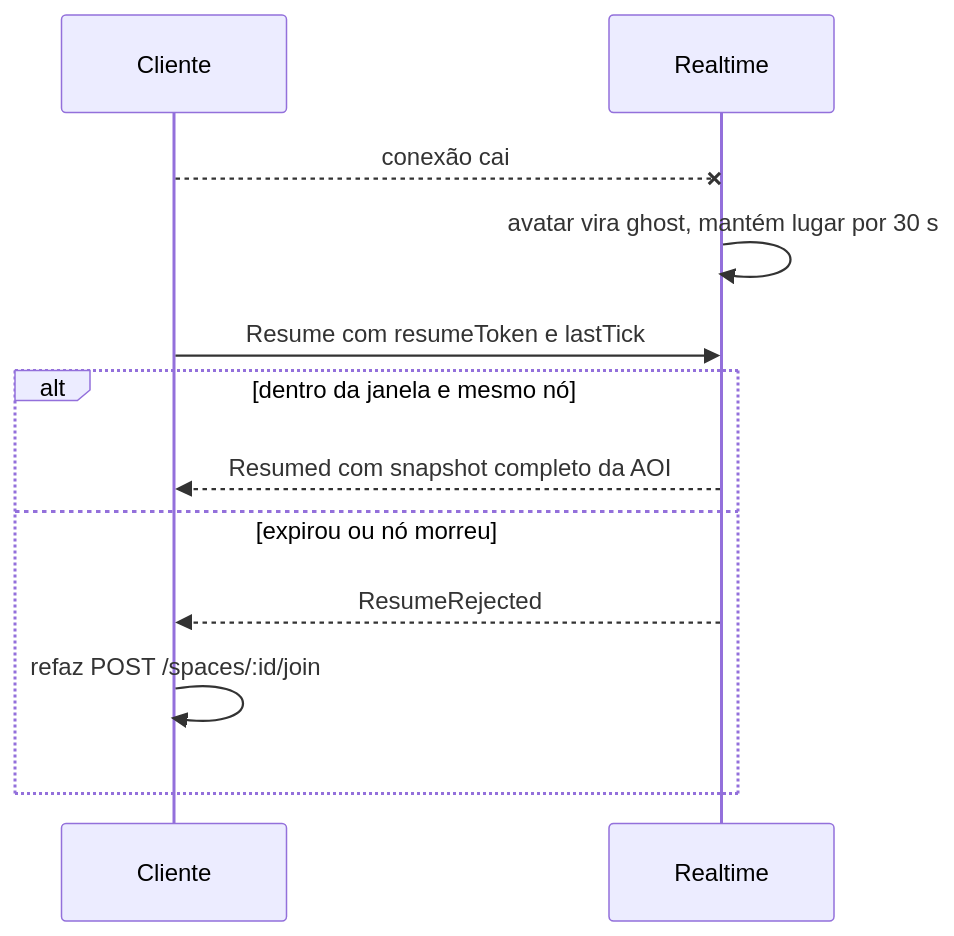
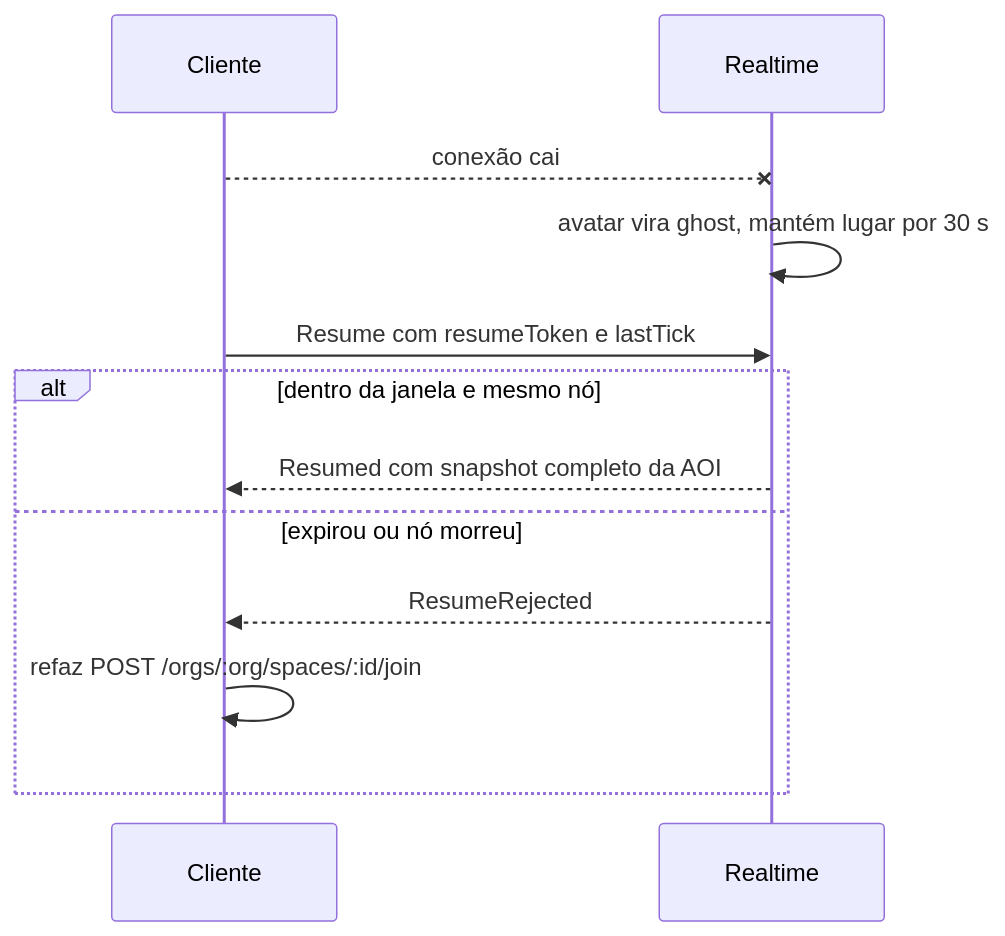
Before and after one commit to ThiagoAbreu9/cesar-office: the sixth of 7 diagrams in docs/02-arquitetura.md, drawn with Mermaid. The commit also changed other lines of this file and 33 other files, not shown here.

````diff
--- a/docs/02-arquitetura.md
+++ b/docs/02-arquitetura.md
@@ -168,14 +168,14 @@
 ```mermaid
 sequenceDiagram
   participant C as Cliente
   participant RT as Realtime
   C--xRT: conexão cai
   RT->>RT: avatar vira ghost, mantém lugar por 30 s
   C->>RT: Resume com resumeToken e lastTick
   alt dentro da janela e mesmo nó
     RT-->>C: Resumed com snapshot completo da AOI
   else expirou ou nó morreu
     RT-->>C: ResumeRejected
-    C->>C: refaz POST /spaces/:id/join
+    C->>C: refaz POST /orgs/:org/spaces/:id/join
   end
 ```
````
